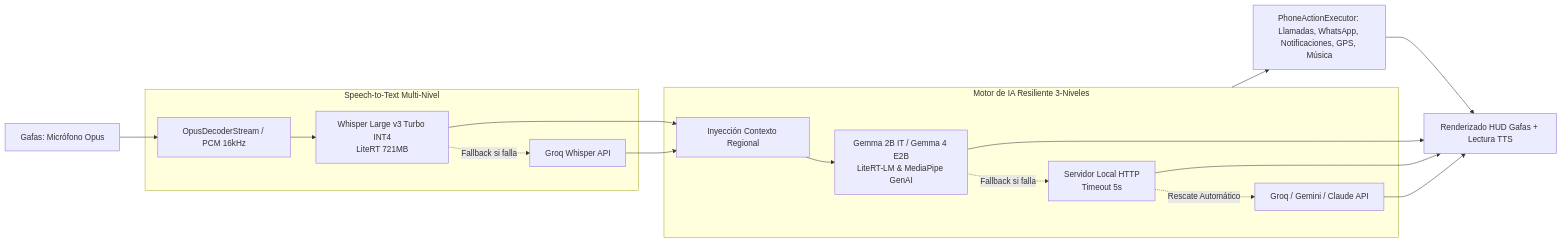
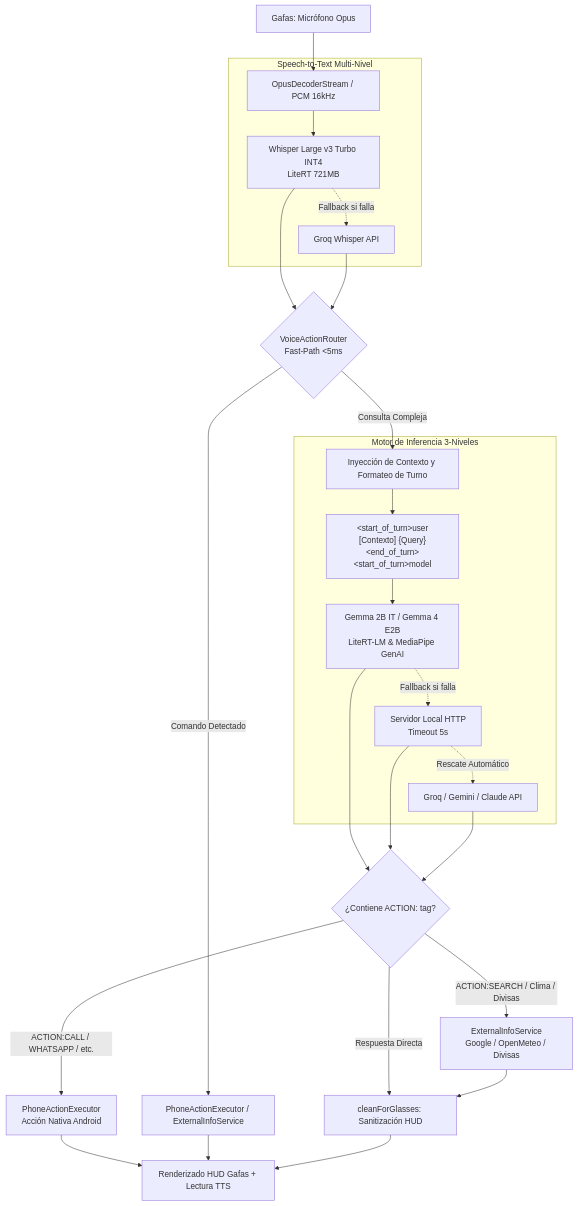
Before and after one commit to ralamgstromg/Meizu-Myvu-Client: the second of 2 diagrams in android-kotlin/README.md, drawn with Mermaid. The commit also changed other lines of this file and 1 other file, not shown here.

Commit message:
docs: document local Gemma prompt optimization, Google search engine and Tasker removal

````diff
--- a/android-kotlin/README.md
+++ b/android-kotlin/README.md
@@ -68,24 +88,35 @@
 ```mermaid
-flowchart LR
+flowchart TD
     Mic[Gafas: Micrófono Opus] --> Decoder[OpusDecoderStream / PCM 16kHz]
     
     subgraph STT [Speech-to-Text Multi-Nivel]
         Decoder --> STTLocal[Whisper Large v3 Turbo INT4\nLiteRT 721MB]
         STTLocal -.->|Fallback si falla| STTCloud[Groq Whisper API]
     end
     
-    subgraph LLM [Motor de IA Resiliente 3-Niveles]
-        STTLocal --> PromptContext[Inyección Contexto Regional]
-        STTCloud --> PromptContext
-        PromptContext --> LLMLocal[Gemma 2B IT / Gemma 4 E2B\nLiteRT-LM & MediaPipe GenAI]
+    STTLocal --> FastPath{VoiceActionRouter\nFast-Path <5ms}
+    STTCloud --> FastPath
+    
+    FastPath -->|Comando Detectado| FastExec[PhoneActionExecutor / ExternalInfoService]
+    FastPath -->|Consulta Compleja| LLM_Branch[Inyección de Contexto y Formateo de Turno]
+    
+    subgraph LLM [Motor de Inferencia 3-Niveles]
+        LLM_Branch --> PromptGemma["&lt;start_of_turn&gt;user\n[Contexto] {Query}&lt;end_of_turn&gt;\n&lt;start_of_turn&gt;model\n"]
+        PromptGemma --> LLMLocal[Gemma 2B IT / Gemma 4 E2B\nLiteRT-LM & MediaPipe GenAI]
         LLMLocal -.->|Fallback si falla| LLMServer[Servidor Local HTTP\nTimeout 5s]
         LLMServer -.->|Rescate Automático| LLMCloud[Groq / Gemini / Claude API]
     end
     
-    LLM --> Actions[PhoneActionExecutor: Llamadas, WhatsApp, Notificaciones, GPS, Música]
-    Actions --> HUD[Renderizado HUD Gafas + Lectura TTS]
+    LLMLocal --> ActionParser{¿Contiene ACTION: tag?}
+    LLMServer --> ActionParser
+    LLMCloud --> ActionParser
     
-    LLMLocal --> HUD
-    LLMServer --> HUD
-    LLMCloud --> HUD
+    ActionParser -->|ACTION:SEARCH / Clima / Divisas| ExtService[ExternalInfoService\nGoogle / OpenMeteo / Divisas]
+    ActionParser -->|ACTION:CALL / WHATSAPP / etc.| NativeExec[PhoneActionExecutor\nAcción Nativa Android]
+    ActionParser -->|Respuesta Directa| GlassesClean[cleanForGlasses: Sanitización HUD]
+    
+    ExtService --> GlassesClean
+    NativeExec --> HUD[Renderizado HUD Gafas + Lectura TTS]
+    FastExec --> HUD
+    GlassesClean --> HUD
 ```
````
